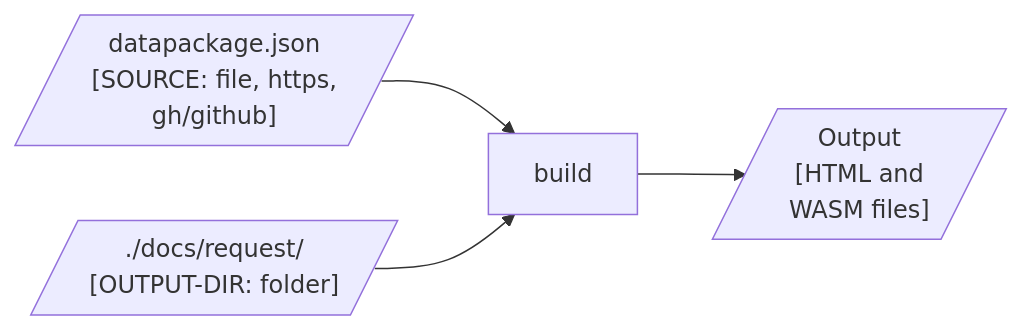
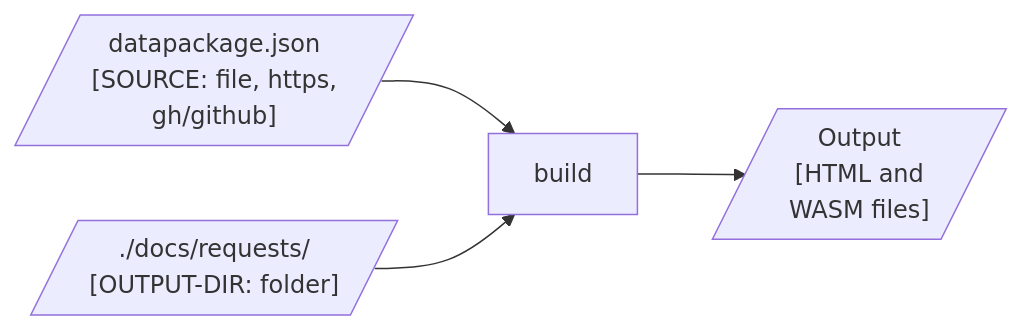
Before and after one commit to seedcase-project/seedcase-propagate: the first of 4 diagrams in docs/design/interface/cli.qmd, drawn with Mermaid. The commit also changed other lines of this file, not shown here.

````diff
--- a/docs/design/interface/cli.qmd
+++ b/docs/design/interface/cli.qmd
@@ -57,15 +55,18 @@
 ```{mermaid}
 %%| label: fig-cli-build-flow
 %%| fig-cap: "The flow of input and output through the CLI `build` command."
-%%| fig-alt: "Diagram showing the flow of input and output through the CLI `build` command. The user provides the source of the metadata file and output directory for the files."
+%%| fig-alt: >-
+%%|   Diagram showing the flow of input and output through the CLI `build`
+%%|   command. The user provides the source of the metadata file and output
+%%|   directory for the files.
 
 flowchart LR
     source[/"datapackage.json<br>[SOURCE: file, https,<br>gh/github]"/]
     build["build"]
-    output_dir[/"./docs/request/<br>[OUTPUT-DIR: folder]"/]
+    output_dir[/"./docs/requests/<br>[OUTPUT-DIR: folder]"/]
     output[/"Output<br>[HTML and<br>WASM files]"/]
 
     source --> build
     output_dir --> build
     build --> output
 ```
````
